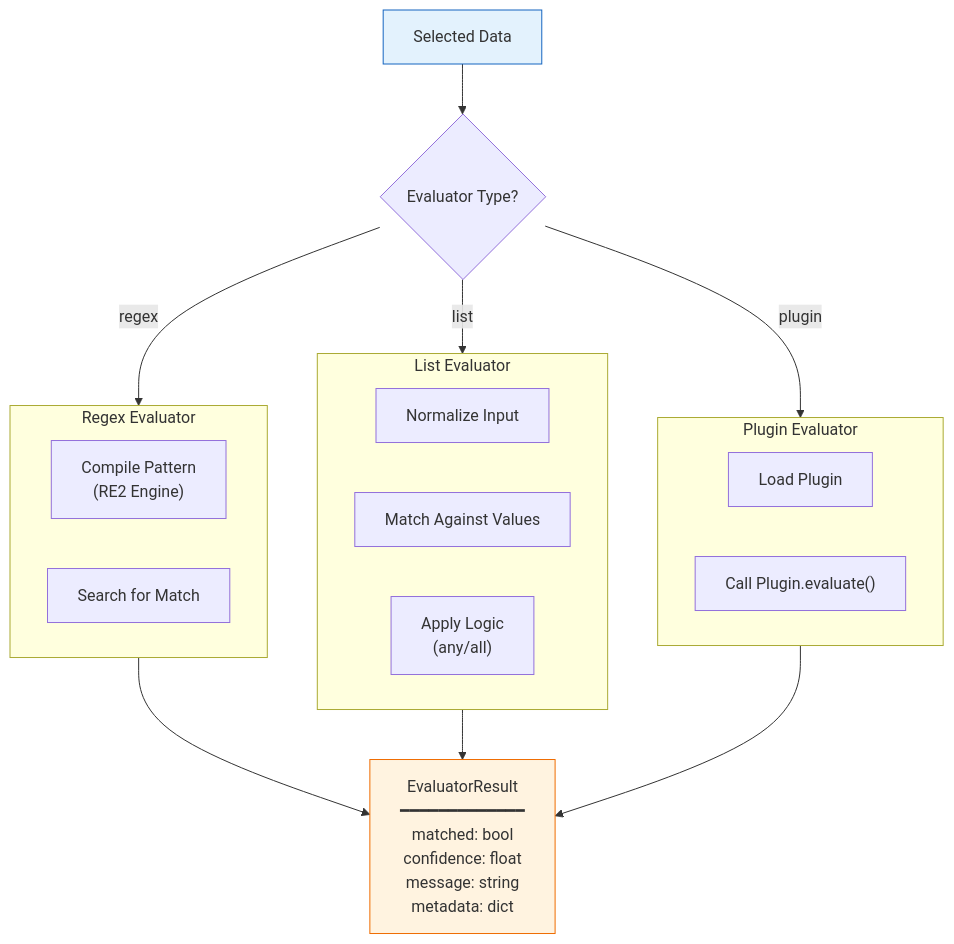
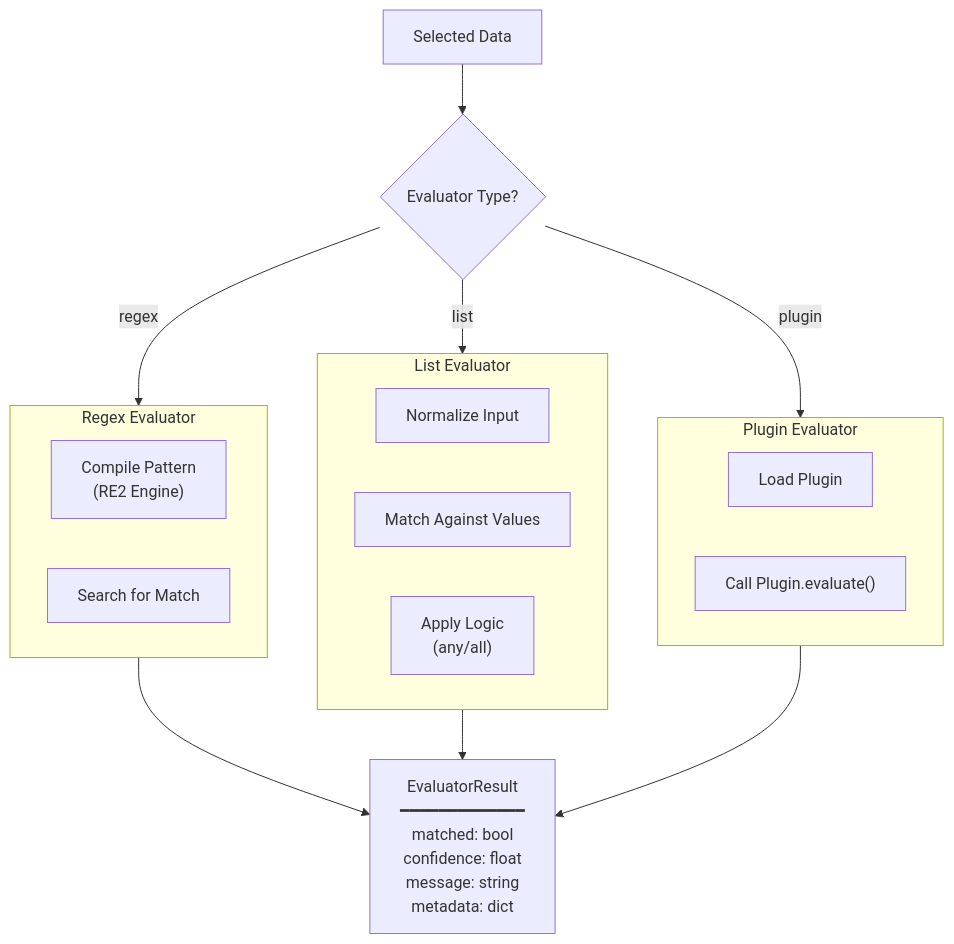
Before and after one commit to agentcontrol/agent-control: the fourth of 7 diagrams in diagrams/06-evaluation-flow.md, drawn with Mermaid. The commit also changed other lines of this file and 9 other files, not shown here.

````diff
--- a/diagrams/06-evaluation-flow.md
+++ b/diagrams/06-evaluation-flow.md
@@ -83,35 +73,32 @@
 ```mermaid
 flowchart TD
     data["Selected Data"]
     
     type{"Evaluator Type?"}
     
     subgraph regex["Regex Evaluator"]
         re_compile["Compile Pattern<br/>(RE2 Engine)"]
         re_match["Search for Match"]
     end
 
     subgraph list["List Evaluator"]
         list_norm["Normalize Input"]
         list_match["Match Against Values"]
         list_logic["Apply Logic<br/>(any/all)"]
     end
 
     subgraph plugin["Plugin Evaluator"]
         plugin_load["Load Plugin"]
         plugin_call["Call Plugin.evaluate()"]
     end
 
     result["EvaluatorResult<br/>━━━━━━━━━━━━━<br/>matched: bool<br/>confidence: float<br/>message: string<br/>metadata: dict"]
 
     data --> type
     type -->|"regex"| regex
     type -->|"list"| list
     type -->|"plugin"| plugin
     regex --> result
     list --> result
     plugin --> result
-
-    style data fill:#e3f2fd,stroke:#1565c0
-    style result fill:#fff3e0,stroke:#ef6c00
 ```
````
